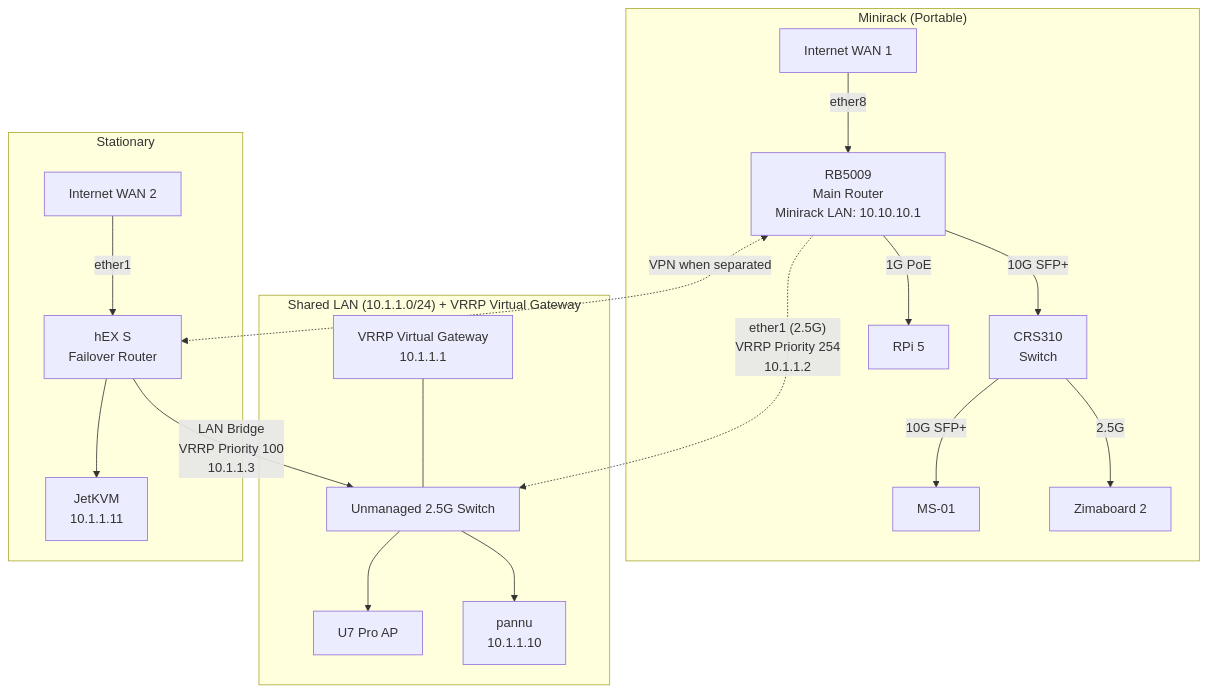
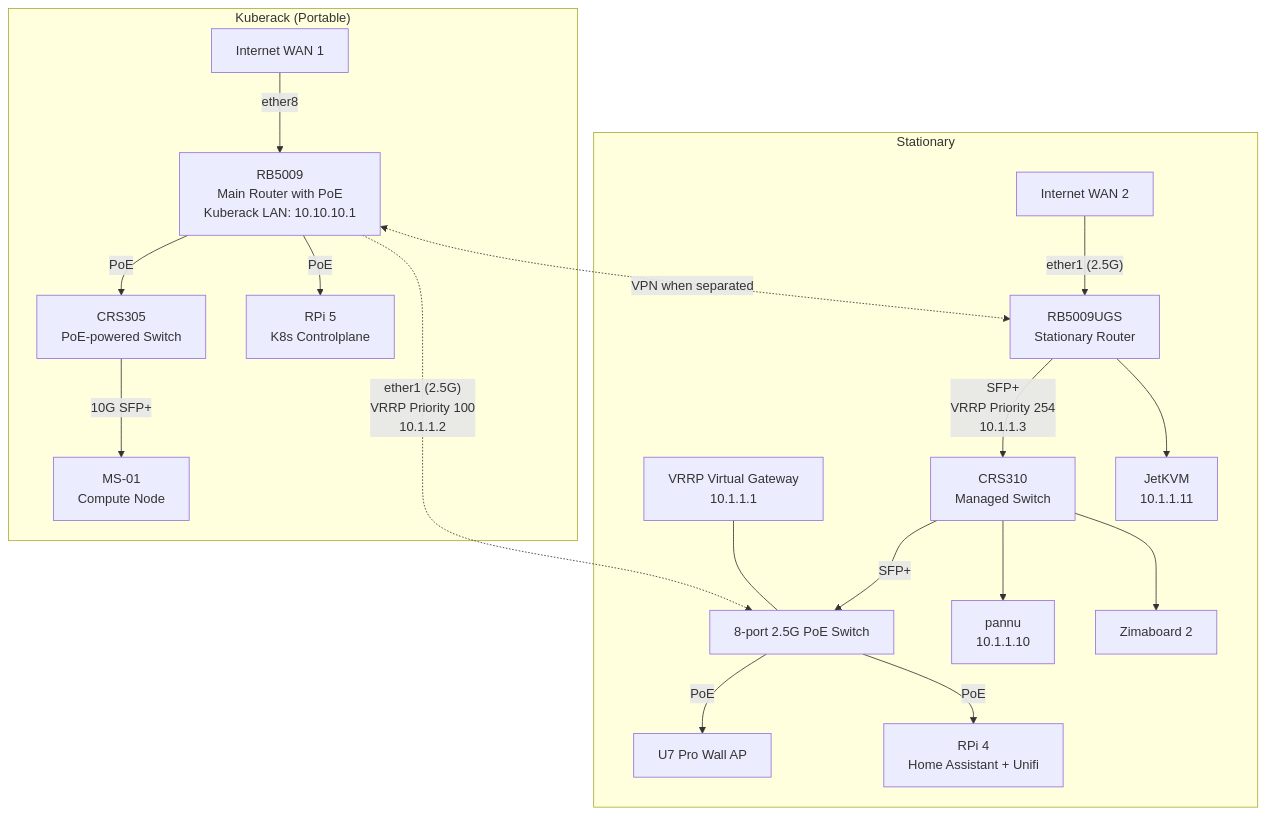
One commit to kahlstrm/infra changed the diagram in local-networking/README.md. Above: the diagram before and after it, drawn with Mermaid. The commit also changed other lines of this file and 9 other files, not shown here.

````diff
--- a/local-networking/README.md
+++ b/local-networking/README.md
@@ -16,41 +16,41 @@
 ```mermaid
 graph TB
-    subgraph "Minirack (Portable)"
+    subgraph "Kuberack (Portable)"
         WAN1[Internet WAN 1]
-        RB5009[RB5009<br/>Main Router<br/>Minirack LAN: 10.10.10.1]
-        CRS310[CRS310<br/>Switch]
-        RPI5[RPi 5]
-        MS01[MS-01]
-        ZIMA[Zimaboard 2]
+        RB5009[RB5009<br/>Main Router with PoE<br/>Kuberack LAN: 10.10.10.1]
+        CRS305[CRS305<br/>PoE-powered Switch]
+        RPI5[RPi 5<br/>K8s Controlplane]
+        MS01[MS-01<br/>Compute Node]
 
         WAN1 -- "ether8" --> RB5009
-        RB5009 -- "10G SFP+" --> CRS310
-        RB5009 -- "1G PoE" --> RPI5
-        CRS310 -- "10G SFP+" --> MS01
-        CRS310 -- "2.5G" --> ZIMA
-    end
-
-    subgraph "Shared LAN (10.1.1.0/24) + VRRP Virtual Gateway"
-        VRRP[VRRP Virtual Gateway<br/>10.1.1.1]
-        SWITCH[Unmanaged 2.5G Switch]
-        U7[U7 Pro AP]
-        PANNU[pannu<br/>10.1.1.10]
-
-        VRRP --- SWITCH
-        SWITCH --> U7
-        SWITCH --> PANNU
+        RB5009 -- "PoE" --> RPI5
+        RB5009 -- "PoE" --> CRS305
+        CRS305 -- "10G SFP+" --> MS01
     end
 
     subgraph "Stationary"
         WAN2[Internet WAN 2]
-        HEXS[hEX S<br/>Failover Router]
+        RB5009S[RB5009UGS<br/>Stationary Router]
+        CRS310[CRS310<br/>Managed Switch]
+        VRRP[VRRP Virtual Gateway<br/>10.1.1.1]
+        POESWITCH[8-port 2.5G PoE Switch]
+        U7[U7 Pro Wall AP]
+        RPI4[RPi 4<br/>Home Assistant + Unifi]
+        PANNU[pannu<br/>10.1.1.10]
+        ZIMA[Zimaboard 2]
         JETKVM[JetKVM<br/>10.1.1.11]
 
-        WAN2 -- "ether1" --> HEXS
-        HEXS --> JETKVM
+        WAN2 -- "ether1 (2.5G)" --> RB5009S
+        RB5009S -- "SFP+<br/>VRRP Priority 254<br/>10.1.1.3" --> CRS310
+        RB5009S --> JETKVM
+        CRS310 -- "SFP+" --> POESWITCH
+        VRRP --- POESWITCH
+        POESWITCH -- "PoE" --> U7
+        POESWITCH -- "PoE" --> RPI4
+        CRS310 --> PANNU
+        CRS310 --> ZIMA
     end
 
-    RB5009 -. "ether1 (2.5G)<br/>VRRP Priority 254<br/>10.1.1.2" .-> SWITCH
-    HEXS -- "LAN Bridge<br/>VRRP Priority 100<br/>10.1.1.3" --> SWITCH
-    RB5009 <-.->|VPN when separated| HEXS
+    RB5009 -. "ether1 (2.5G)<br/>VRRP Priority 100<br/>10.1.1.2" .-> POESWITCH
+    RB5009 <-.->|VPN when separated| RB5009S
 ```
````
